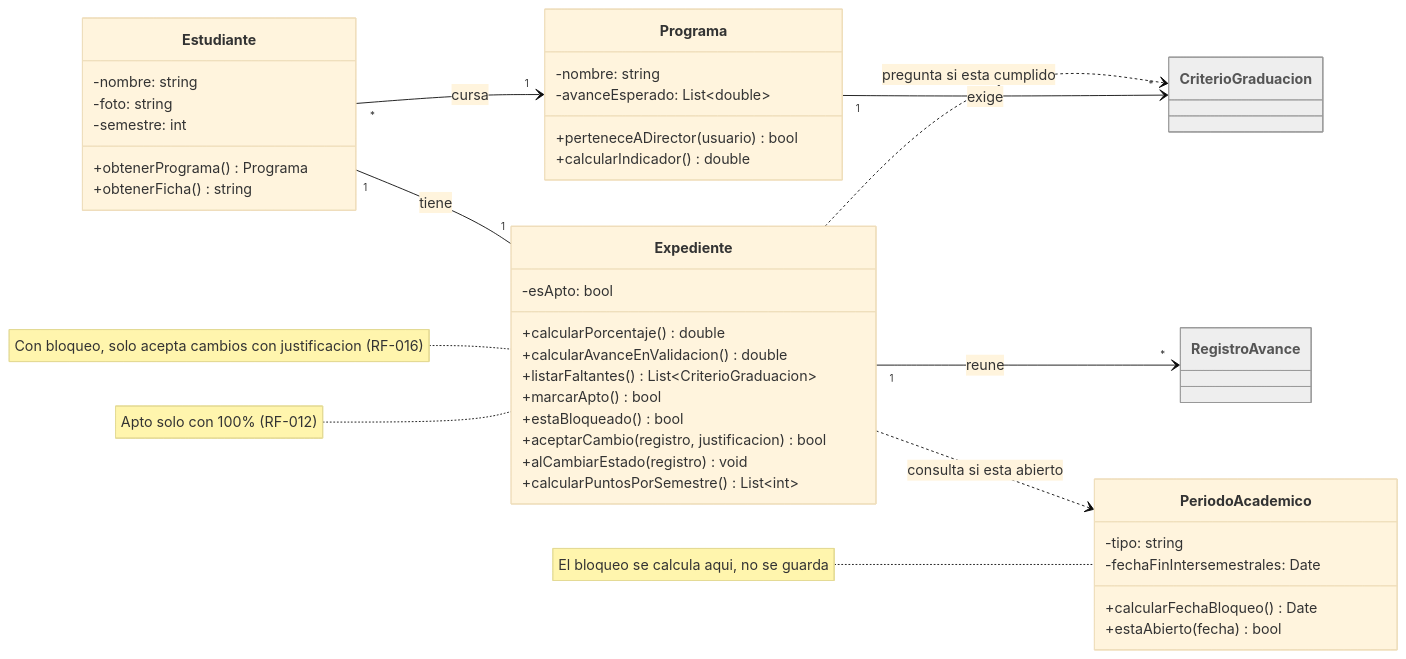
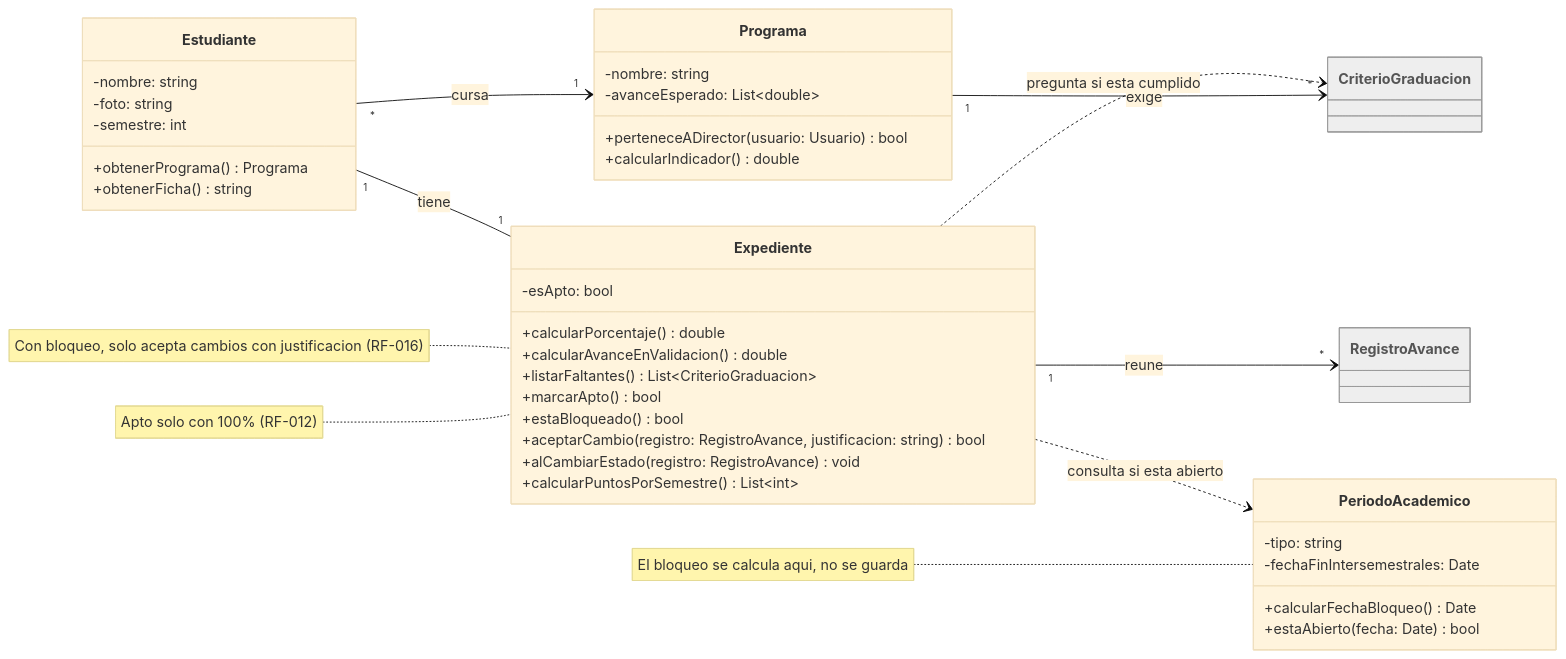
The third of 7 diagrams in docs/arch/diagrama-clases-por-partes.md (Victorflores06/PLEAS-Tracker-), drawn with Mermaid (base theme) before and after one commit. The commit also changed other lines of this file, not shown here.

First line of the commit message:
Update class diagram method signatures with types

````diff
--- a/docs/arch/diagrama-clases-por-partes.md
+++ b/docs/arch/diagrama-clases-por-partes.md
@@ -80,55 +80,55 @@
 ```mermaid
 classDiagram
 direction LR
-
+ 
 class Estudiante {
     -nombre: string
     -foto: string
     -semestre: int
     +obtenerPrograma() Programa
     +obtenerFicha() string
 }
-
+ 
 class Programa {
     -nombre: string
     -avanceEsperado: List~double~
-    +perteneceADirector(usuario) bool
+    +perteneceADirector(usuario: Usuario) bool
     +calcularIndicador() double
 }
-
+ 
 class Expediente {
     -esApto: bool
     +calcularPorcentaje() double
     +calcularAvanceEnValidacion() double
     +listarFaltantes() List~CriterioGraduacion~
     +marcarApto() bool
     +estaBloqueado() bool
-    +aceptarCambio(registro, justificacion) bool
-    +alCambiarEstado(registro) void
+    +aceptarCambio(registro: RegistroAvance, justificacion: string) bool
+    +alCambiarEstado(registro: RegistroAvance) void
     +calcularPuntosPorSemestre() List~int~
 }
-
+ 
 class PeriodoAcademico {
     -tipo: string
     -fechaFinIntersemestrales: Date
     +calcularFechaBloqueo() Date
-    +estaAbierto(fecha) bool
+    +estaAbierto(fecha: Date) bool
 }
-
+ 
 class CriterioGraduacion
 class RegistroAvance
-
+ 
 style CriterioGraduacion fill:#eeeeee,stroke:#999999,color:#555555
 style RegistroAvance fill:#eeeeee,stroke:#999999,color:#555555
-
+ 
 Estudiante "*" --> "1" Programa : cursa
 Estudiante "1" -- "1" Expediente : tiene
 Programa "1" --> "*" CriterioGraduacion : exige
 Expediente "1" --> "*" RegistroAvance : reune
 Expediente ..> CriterioGraduacion : pregunta si esta cumplido
 Expediente ..> PeriodoAcademico : consulta si esta abierto
-
+ 
 note for Expediente "Apto solo con 100% (RF-012)"
 note for Expediente "Con bloqueo, solo acepta cambios con justificacion (RF-016)"
 note for PeriodoAcademico "El bloqueo se calcula aqui, no se guarda"
 ```
````
